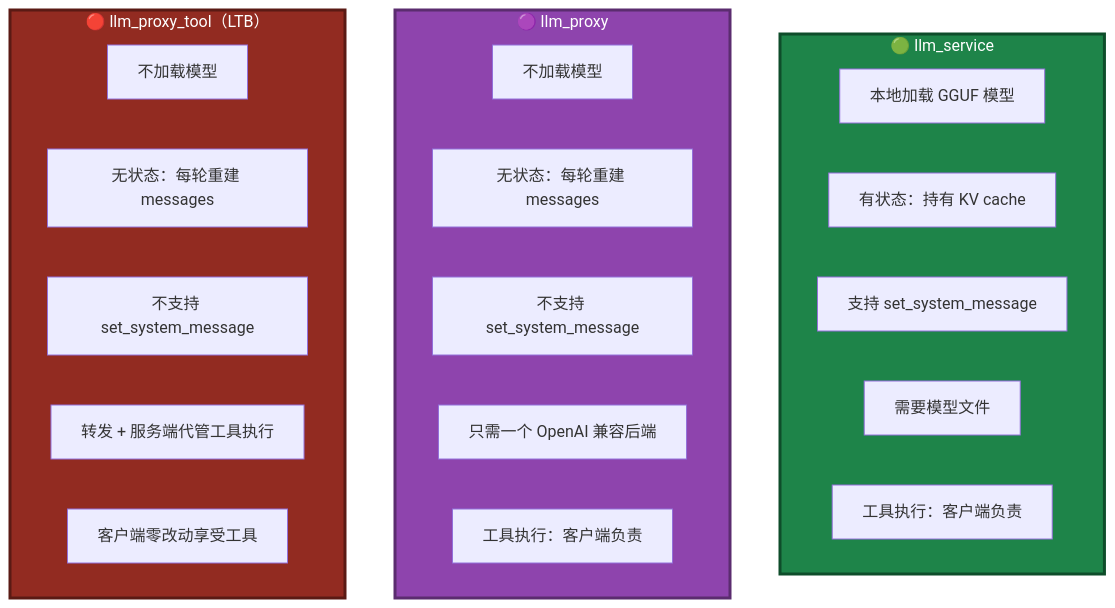
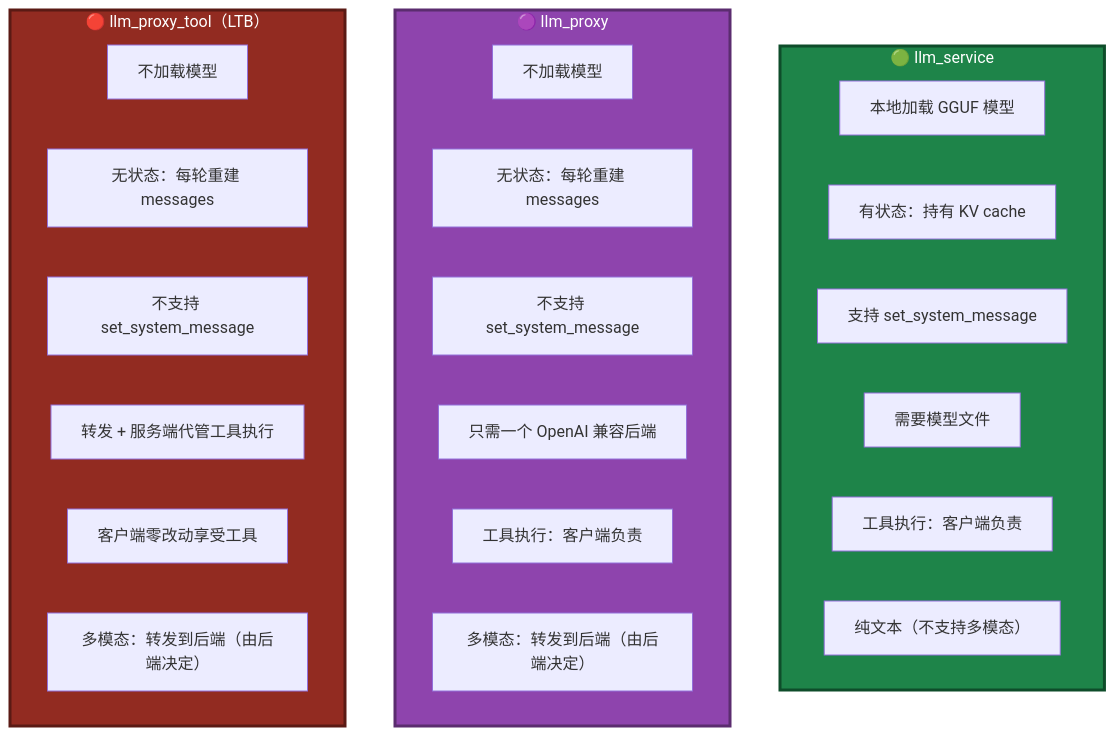
One commit to PassByYou888/LingoFuse-pasAgent-v3 changed the second of 4 diagrams in src/LingoFuse_LLM_Proxy_CLI_Guide.md. Above: the diagram before and after it, drawn with Mermaid. The commit also changed other lines of this file, not shown here.

````diff
--- a/src/LingoFuse_LLM_Proxy_CLI_Guide.md
+++ b/src/LingoFuse_LLM_Proxy_CLI_Guide.md
@@ -58,30 +58,33 @@
 ```mermaid
 flowchart TB
     subgraph A["🟢 llm_service"]
         A1["本地加载 GGUF 模型"]
         A2["有状态：持有 KV cache"]
         A3["支持 set_system_message"]
         A4["需要模型文件"]
         A5["工具执行：客户端负责"]
+        A6["纯文本（不支持多模态）"]
     end
 
     subgraph B["🟣 llm_proxy"]
         B1["不加载模型"]
         B2["无状态：每轮重建 messages"]
         B3["不支持 set_system_message"]
         B4["只需一个 OpenAI 兼容后端"]
         B5["工具执行：客户端负责"]
+        B6["多模态：转发到后端（由后端决定）"]
     end
 
     subgraph C["🔴 llm_proxy_tool（LTB）"]
         C1["不加载模型"]
         C2["无状态：每轮重建 messages"]
         C3["不支持 set_system_message"]
         C4["转发 + 服务端代管工具执行"]
         C5["客户端零改动享受工具"]
+        C6["多模态：转发到后端（由后端决定）"]
     end
 
     style A fill:#1E8449,stroke:#0E4D2A,stroke-width:3px,color:#FFFFFF
     style B fill:#8E44AD,stroke:#5B2C6F,stroke-width:3px,color:#FFFFFF
     style C fill:#922B21,stroke:#5A1A14,stroke-width:3px,color:#FFFFFF
 ```
````
